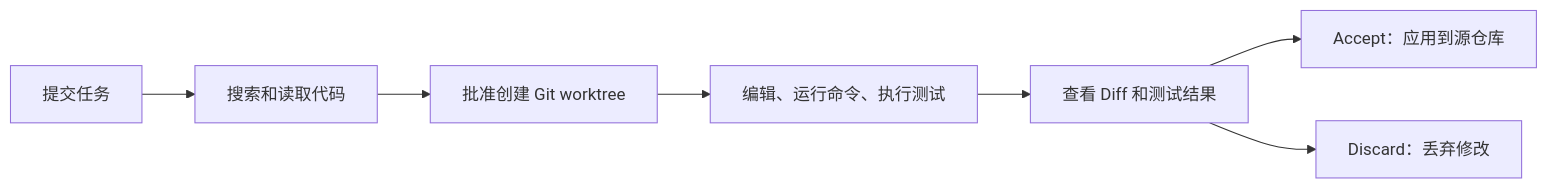
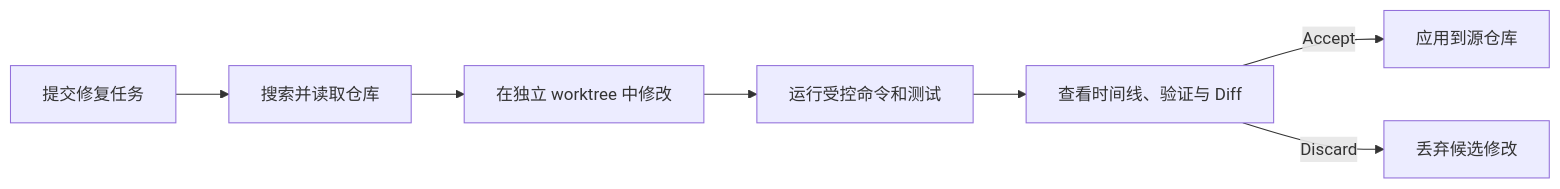
The first of 2 diagrams in README.md (YeYan0829/codingAgent), drawn with Mermaid before and after one commit. The commit also changed other lines of this file and 9 other files, not shown here.

````diff
--- a/README.md
+++ b/README.md
@@ -69,9 +80,9 @@
 ```mermaid
 flowchart LR
-    Task[提交任务] --> Explore[搜索和读取代码]
-    Explore --> Worktree[批准创建 Git worktree]
-    Worktree --> Iterate[编辑、运行命令、执行测试]
-    Iterate --> Review[查看 Diff 和测试结果]
-    Review --> Accept[Accept：应用到源仓库]
-    Review --> Discard[Discard：丢弃修改]
+    Task[提交修复任务] --> Inspect[搜索并读取仓库]
+    Inspect --> Candidate[在独立 worktree 中修改]
+    Candidate --> Validate[运行受控命令和测试]
+    Validate --> Review[查看时间线、验证与 Diff]
+    Review -->|Accept| Source[应用到源仓库]
+    Review -->|Discard| Drop[丢弃候选修改]
 ```
````
